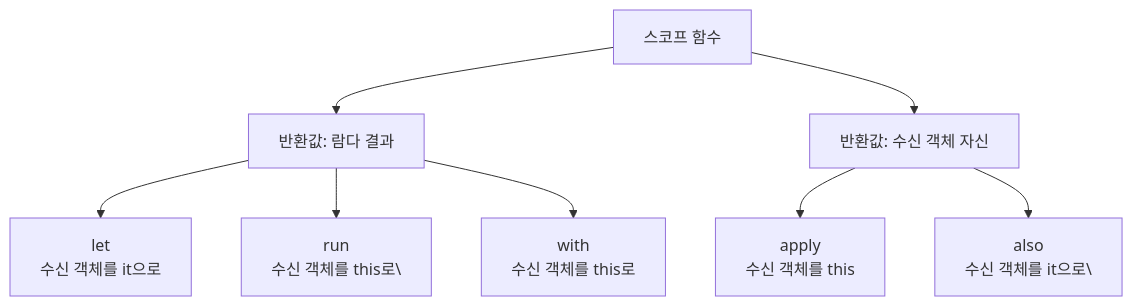
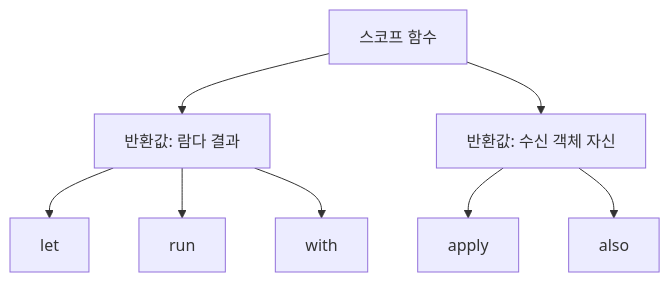
The second of 3 diagrams in _posts/kotlin/2026-05-02-java-to-kotlin.md (yjkim2015/yjkim2015.github.io), drawn with Mermaid before and after one commit. The commit also changed other lines of this file and 217 other files, not shown here.

First line of the commit message:
Mermaid 크기 수정: useMaxWidth:true + SVG max-width:100% + 라벨 축소

````diff
--- a/_posts/kotlin/2026-05-02-java-to-kotlin.md
+++ b/_posts/kotlin/2026-05-02-java-to-kotlin.md
@@ -236,10 +236,10 @@
 ```mermaid
 graph TD
     ScopeFn["스코프 함수"] --> LambdaResult["반환값: 람다 결과"]
     ScopeFn --> ReceiverResult["반환값: 수신 객체 자신"]
-    LambdaResult --> Let["let\n수신 객체를 it으로\n"]
-    LambdaResult --> Run["run\n수신 객체를 this로\"]
-    LambdaResult --> With["with\n수신 객체를 this로"]
-    ReceiverResult --> Apply["apply\n수신 객체를 this"]
-    ReceiverResult --> Also["also\n수신 객체를 it으로\"]
+    LambdaResult --> Let["let"]
+    LambdaResult --> Run["run"]
+    LambdaResult --> With["with"]
+    ReceiverResult --> Apply["apply"]
+    ReceiverResult --> Also["also"]
 ```
````
